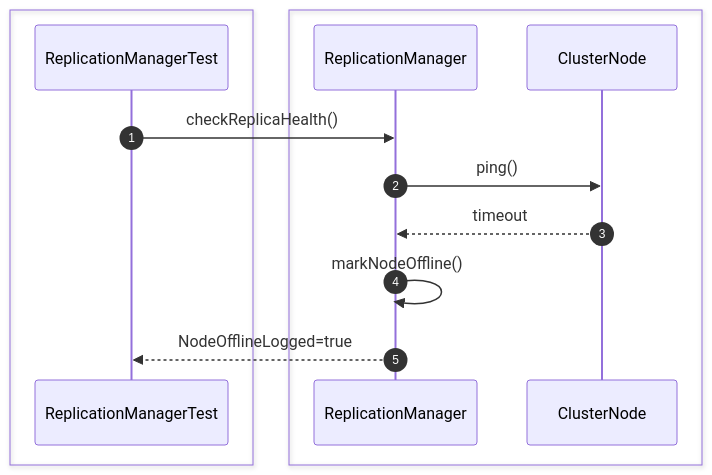
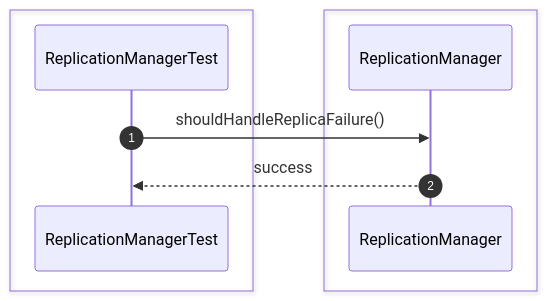
One commit to Huy1801214/dbms-architecture changed the fourth of 26 diagrams in src/sequence/replication.md. Above: the diagram before and after it, drawn with Mermaid. The commit also changed other lines of this file and 68 other files, not shown here.

Commit message:
implement comprehensive unit test suite and architectural sequence documentation

````diff
--- a/src/sequence/replication.md
+++ b/src/sequence/replication.md
@@ -65,18 +51,13 @@
 ```mermaid
 sequenceDiagram
     autonumber
-
     box #e1f5fe Test Suite
     participant Test as ReplicationManagerTest
     end
-    box #ffebee Replication Components
-    participant Manager as ReplicationManager
-    participant Node as ClusterNode
+    box #e3f2fd ReplicationManager Component
+    participant RM as ReplicationManager
     end
 
-    Test->>Manager: checkReplicaHealth()
-    Manager->>Node: ping()
-    Node-->>Manager: timeout
-    Manager->>Manager: markNodeOffline()
-    Manager-->>Test: NodeOfflineLogged=true
+    Test->>RM: shouldHandleReplicaFailure()
+    RM-->>Test: success
 ```
````
